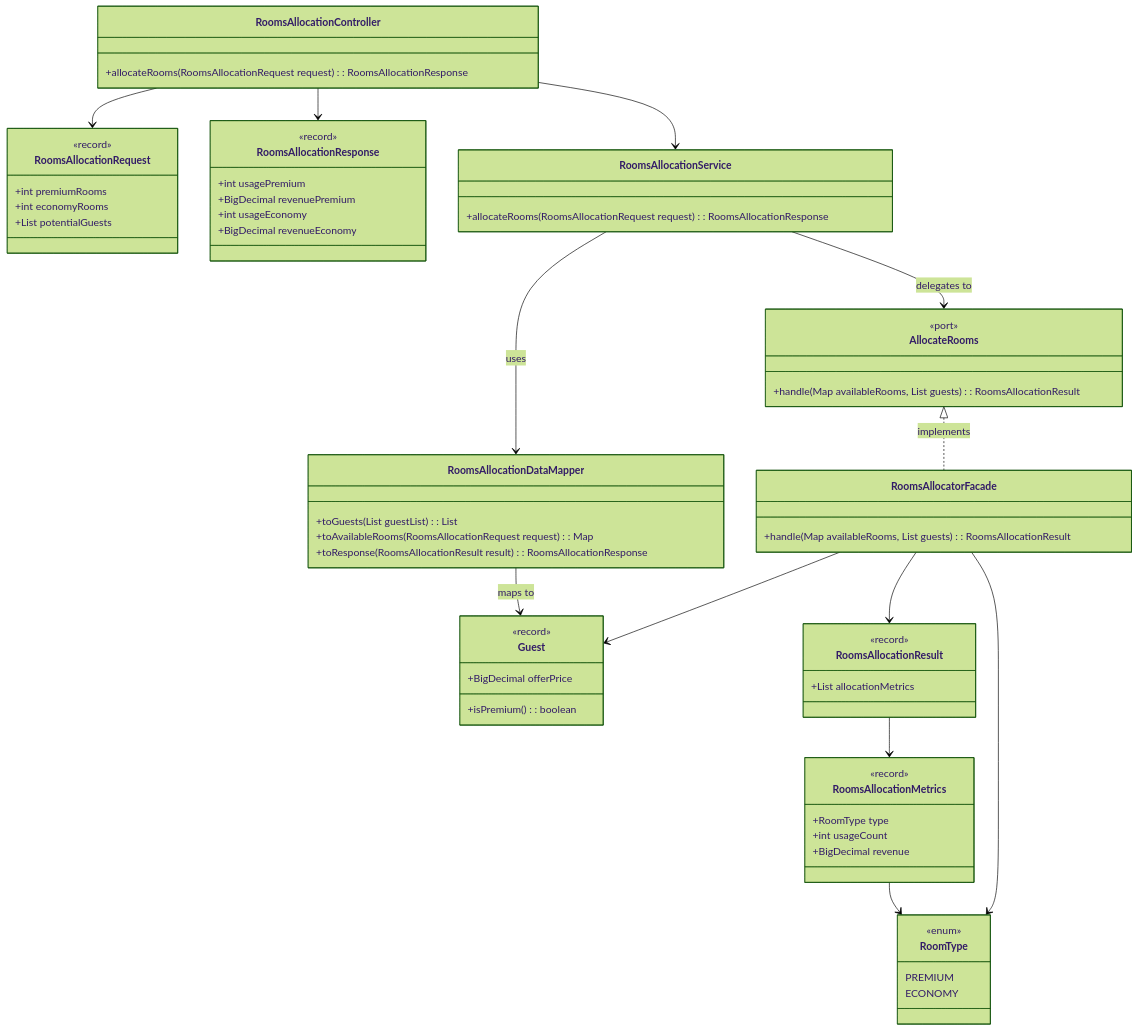
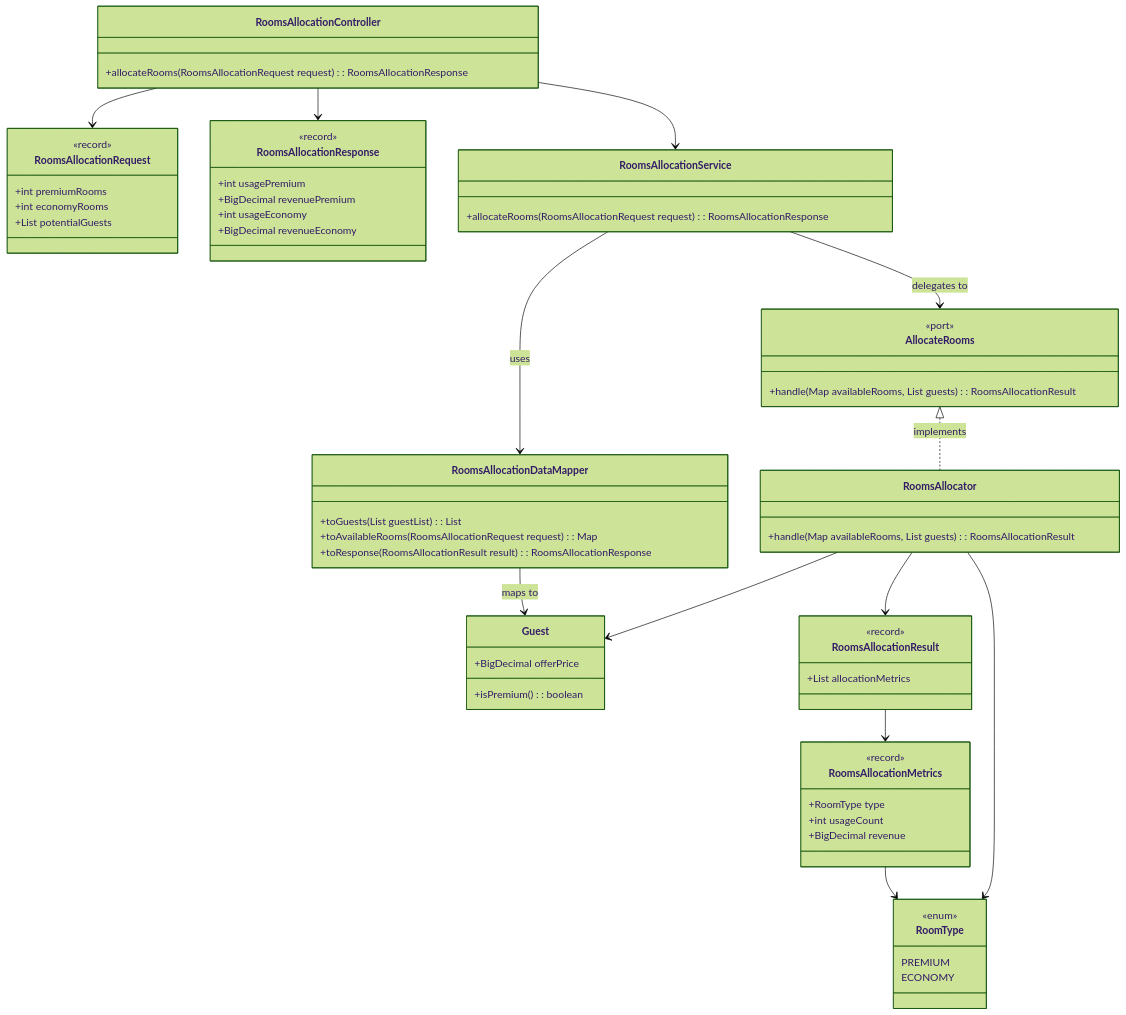
The diagram in docs/class_diagram.mmd (egnbjork/HotelRoomAllocation), drawn with Mermaid (forest theme) before and after one commit. The commit also changed 4 other files, not shown here.

Commit message:
add Guest and RoomType

```diff
--- a/docs/class_diagram.mmd
+++ b/docs/class_diagram.mmd
@@ -1,78 +1,77 @@
 classDiagram
 direction TB
 
     class RoomsAllocationController {
         +allocateRooms(RoomsAllocationRequest request): RoomsAllocationResponse
     }
 
     class RoomsAllocationRequest {
         <<record>>
         +int premiumRooms
         +int economyRooms
         +List<BigDecimal> potentialGuests
     }
 
     class RoomsAllocationResponse {
         <<record>>
         +int usagePremium
         +BigDecimal revenuePremium
         +int usageEconomy
         +BigDecimal revenueEconomy
     }
 
     class RoomsAllocationService {
         +allocateRooms(RoomsAllocationRequest request): RoomsAllocationResponse
     }
 
     class RoomsAllocationDataMapper {
         +toGuests(List<BigDecimal> guestList): List<Guest>
         +toAvailableRooms(RoomsAllocationRequest request): Map<RoomType, Integer>
         +toResponse(RoomsAllocationResult result): RoomsAllocationResponse
     }
 
     class Guest {
-        <<record>>
 	    +BigDecimal offerPrice
         +isPremium(): boolean
     }
 
     class AllocateRooms {
         <<port>>
         +handle(Map<RoomType, Integer> availableRooms, List<Guest> guests): RoomsAllocationResult
     }
 
-    class RoomsAllocatorFacade {
+    class RoomsAllocator {
         +handle(Map<RoomType, Integer> availableRooms, List<Guest> guests): RoomsAllocationResult
     }
 
     class RoomsAllocationResult {
         <<record>>
         +List<RoomsAllocationMetrics> allocationMetrics
     }
 
     class RoomsAllocationMetrics {
         <<record>>
         +RoomType type
         +int usageCount
         +BigDecimal revenue
     }
 
 
     class RoomType {
         <<enum>>
         PREMIUM
         ECONOMY
     }
 
     RoomsAllocationController --> RoomsAllocationRequest
     RoomsAllocationController --> RoomsAllocationResponse
     RoomsAllocationController --> RoomsAllocationService
     RoomsAllocationService --> RoomsAllocationDataMapper :uses
     RoomsAllocationDataMapper --> Guest :maps to
     RoomsAllocationService --> AllocateRooms :delegates to
-    AllocateRooms <|.. RoomsAllocatorFacade : implements
-    RoomsAllocatorFacade --> RoomsAllocationResult
+    AllocateRooms <|.. RoomsAllocator : implements
+    RoomsAllocator --> RoomsAllocationResult
     RoomsAllocationResult --> RoomsAllocationMetrics
     RoomsAllocationMetrics --> RoomType
-    RoomsAllocatorFacade --> Guest
-    RoomsAllocatorFacade --> RoomType
+    RoomsAllocator --> Guest
+    RoomsAllocator --> RoomType
```
